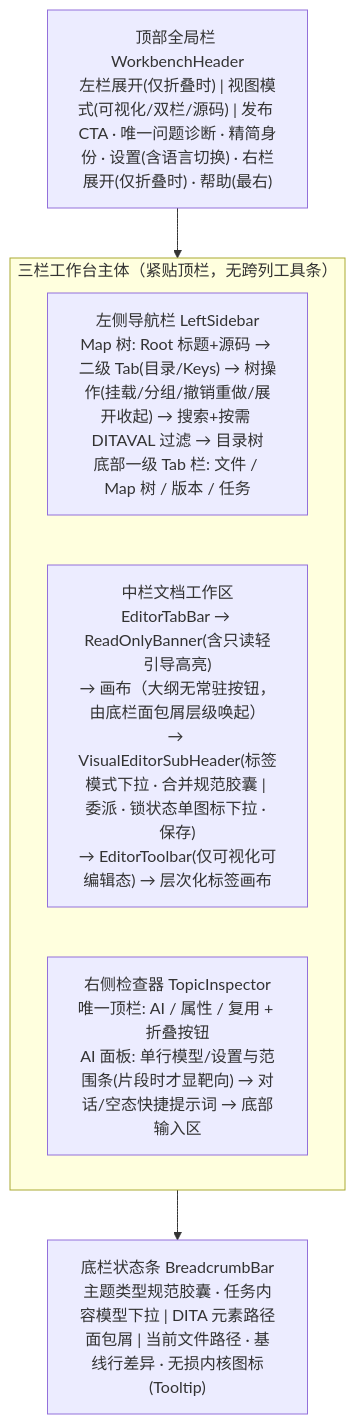
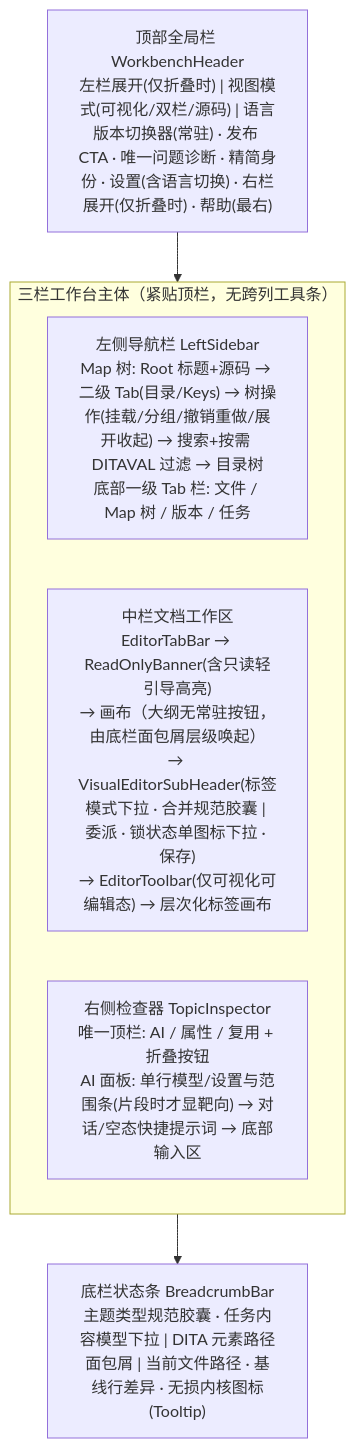
Before and after one commit to Ericfeng84/DITAEditor: the diagram in docs/design/workbench-ux-architecture.md, drawn with Mermaid. The commit also changed other lines of this file and 159 other files, not shown here.

````diff
--- a/docs/design/workbench-ux-architecture.md
+++ b/docs/design/workbench-ux-architecture.md
@@ -35,12 +35,12 @@
 ```mermaid
 flowchart TB
-  H["顶部全局栏 WorkbenchHeader<br/>左栏展开(仅折叠时) | 视图模式(可视化/双栏/源码) | 发布 CTA · 唯一问题诊断 · 精简身份 · 设置(含语言切换) · 右栏展开(仅折叠时) · 帮助(最右)"]
+  H["顶部全局栏 WorkbenchHeader<br/>左栏展开(仅折叠时) | 视图模式(可视化/双栏/源码) | 语言版本切换器(常驻) · 发布 CTA · 唯一问题诊断 · 精简身份 · 设置(含语言切换) · 右栏展开(仅折叠时) · 帮助(最右)"]
   subgraph Shell["三栏工作台主体（紧贴顶栏，无跨列工具条）"]
     direction LR
     L["左侧导航栏 LeftSidebar<br/>Map 树: Root 标题+源码 → 二级 Tab(目录/Keys) → 树操作(挂载/分组/撤销重做/展开收起) → 搜索+按需 DITAVAL 过滤 → 目录树<br/>底部一级 Tab 栏: 文件 / Map 树 / 版本 / 任务"]
     C["中栏文档工作区<br/>EditorTabBar → ReadOnlyBanner(含只读轻引导高亮)<br/>→ 画布（大纲无常驻按钮，由底栏面包屑层级唤起）<br/>→ VisualEditorSubHeader(标签模式下拉 · 合并规范胶囊 | 委派 · 锁状态单图标下拉 · 保存)<br/>→ EditorToolbar(仅可视化可编辑态) → 层次化标签画布"]
     R["右侧检查器 TopicInspector<br/>唯一顶栏: AI / 属性 / 复用 + 折叠按钮<br/>AI 面板: 单行模型/设置与范围条(片段时才显靶向) → 对话/空态快捷提示词 → 底部输入区"]
   end
   F["底栏状态条 BreadcrumbBar<br/>主题类型规范胶囊 · 任务内容模型下拉 | DITA 元素路径面包屑 | 当前文件路径 · 基线行差异 · 无损内核图标(Tooltip)"]
   H --> Shell --> F
 ```
````
